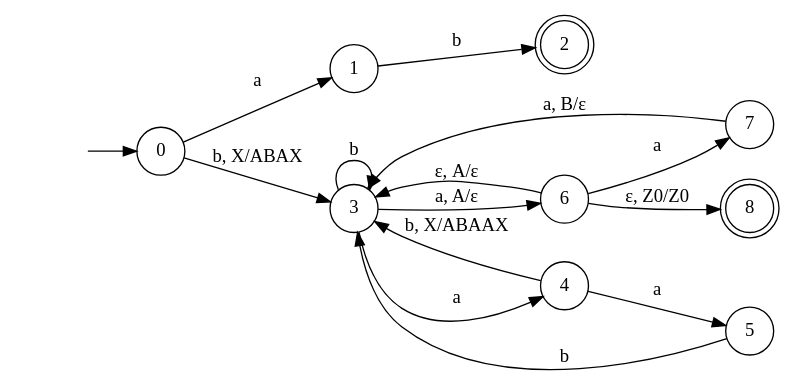
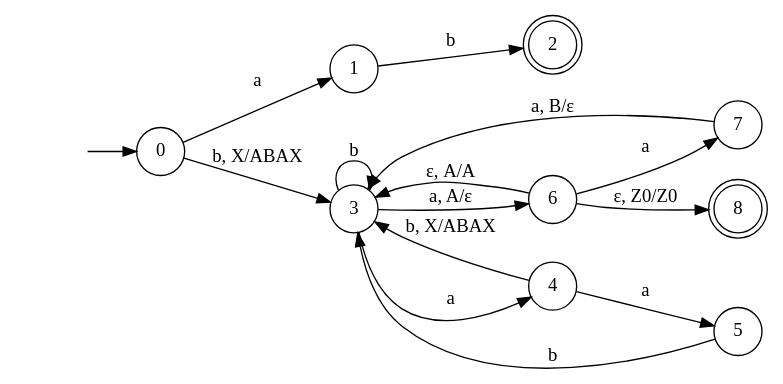
Before and after one commit to annette-sudo/FormalLanguageTheory: the diagram in lab3/img/NPDA.dot, drawn with Graphviz. The commit also changed 4 other files, not shown here.

```diff
--- a/lab3/img/NPDA.dot
+++ b/lab3/img/NPDA.dot
@@ -1,30 +1,30 @@
 digraph NPDA {
 	rankdir = LR
 	node [shape=circle]
 	start [label = "", shape = none]
     start -> 0
 	0 [label="0"]
 	1 [label="1"]
 	2 [label="2", shape=doublecircle]
 	3 [label="3"]
 	4 [label="4"]
 	5 [label="5"]
 	6 [label="6"]
     7 [label="7"]
     8 [label="8", shape=doublecircle]
 	0 -> 1 [label="a"]
 	0 -> 3 [label="b, X/ABAX"]
 	1 -> 2 [label="b"]
 	3 -> 3 [label="b"]
 	3 -> 4 [label="a"]
     3 -> 6 [label="a, A/ε"]
-	4 -> 3 [label="b, X/ABAAX"]
+	4 -> 3 [label="b, X/ABAX"]
 	4 -> 5 [label="a"]
     5 -> 3 [label="b"]
 
-    6 -> 3 [label="ε, A/ε"]
+    6 -> 3 [label="ε, A/A"]
 	6 -> 7 [label="a"]
     6 -> 8 [label="ε, Z0/Z0"]
 	
 	7 -> 3 [label="a, B/ε"]
 }
```
